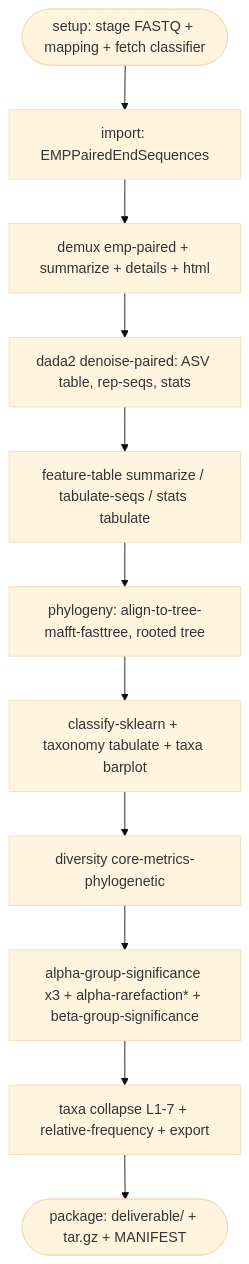
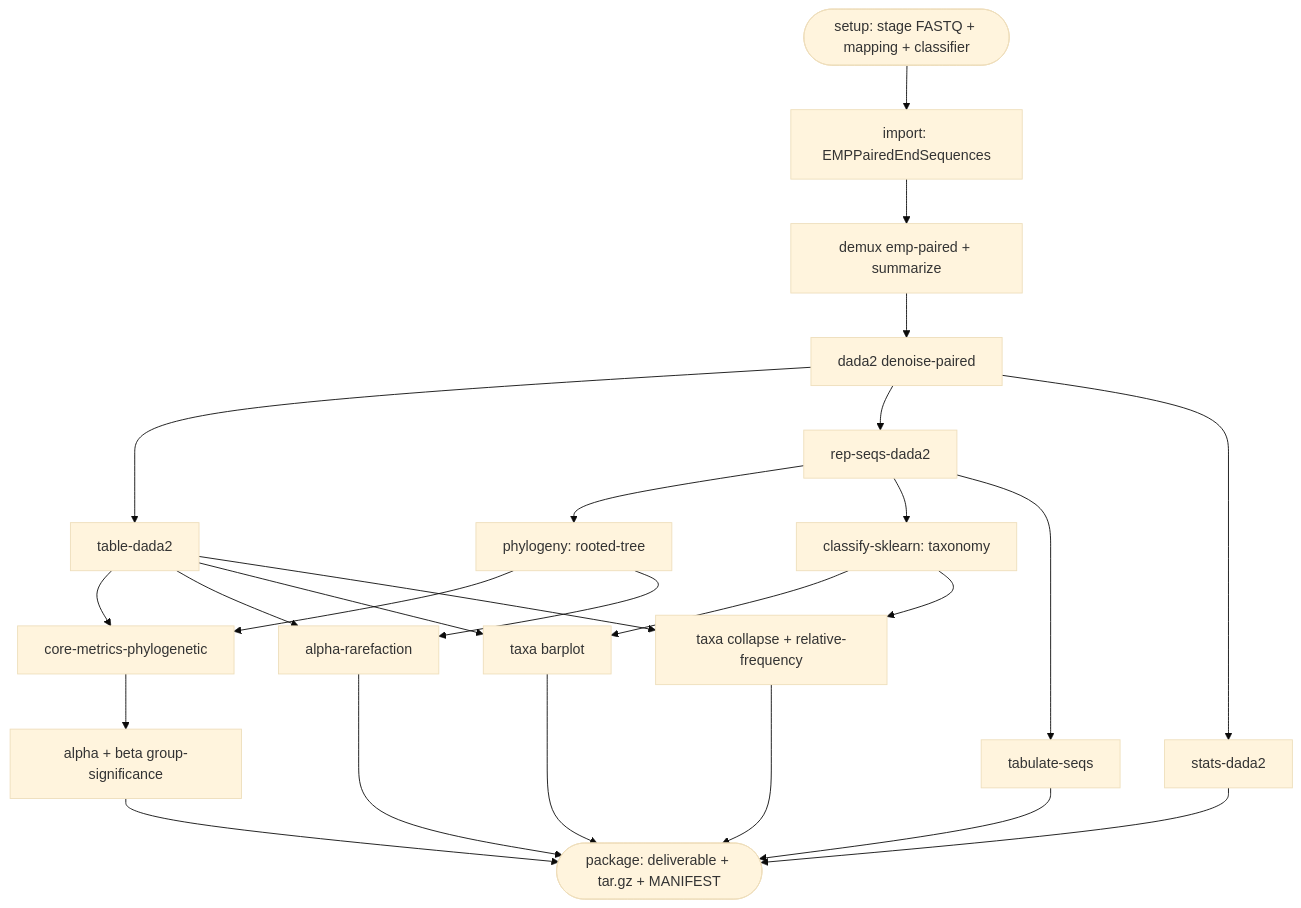
The diagram in docs/PIPELINE.md (MG-RAST/qiime-pipeline), drawn with Mermaid (base theme) before and after one commit. The commit also changed other lines of this file and 5 other files, not shown here.

First line of the commit message:
Show the pipeline data flow as a branching DAG, not a linear chain

````diff
--- a/docs/PIPELINE.md
+++ b/docs/PIPELINE.md
@@ -52,22 +56,26 @@
 ```mermaid
 flowchart TD
-    setup([setup: stage FASTQ + mapping + fetch classifier])
-    imp[import: EMPPairedEndSequences]
-    demux[demux emp-paired + summarize + details + html]
-    dada2[dada2 denoise-paired: ASV table, rep-seqs, stats]
-    ftsum[feature-table summarize / tabulate-seqs / stats tabulate]
-    tree[phylogeny: align-to-tree-mafft-fasttree, rooted tree]
-    tax[classify-sklearn + taxonomy tabulate + taxa barplot]
-    core[diversity core-metrics-phylogenetic]
-    sig[alpha-group-significance x3 + alpha-rarefaction* + beta-group-significance]
-    rel[taxa collapse L1-7 + relative-frequency + export]
-    pkg([package: deliverable/ + tar.gz + MANIFEST])
-
-    setup --> imp --> demux --> dada2 --> ftsum
-    ftsum --> tree
-    tree --> tax
-    tax --> core
-    core --> sig
-    sig --> rel
-    rel --> pkg
+    setup([setup: stage FASTQ + mapping + classifier]) --> imp[import: EMPPairedEndSequences]
+    imp --> demux[demux emp-paired + summarize] --> dada2[dada2 denoise-paired]
+    dada2 --> tbl[table-dada2]
+    dada2 --> seqs[rep-seqs-dada2]
+    dada2 --> stats[stats-dada2]
+    seqs --> tree[phylogeny: rooted-tree]
+    seqs --> tax[classify-sklearn: taxonomy]
+    seqs --> tseq[tabulate-seqs]
+    tbl --> core[core-metrics-phylogenetic]
+    tree --> core
+    tbl --> rare[alpha-rarefaction]
+    tree --> rare
+    tbl --> bar[taxa barplot]
+    tax --> bar
+    tbl --> col[taxa collapse + relative-frequency]
+    tax --> col
+    core --> sig[alpha + beta group-significance]
+    bar --> pkg([package: deliverable + tar.gz + MANIFEST])
+    sig --> pkg
+    rare --> pkg
+    col --> pkg
+    stats --> pkg
+    tseq --> pkg
 ```
````
